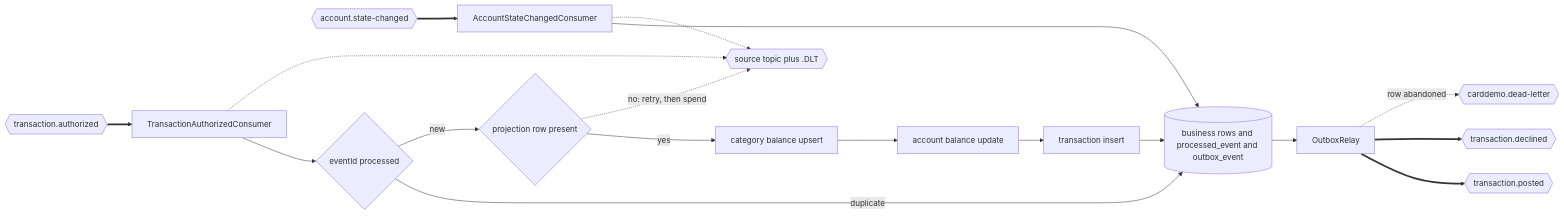
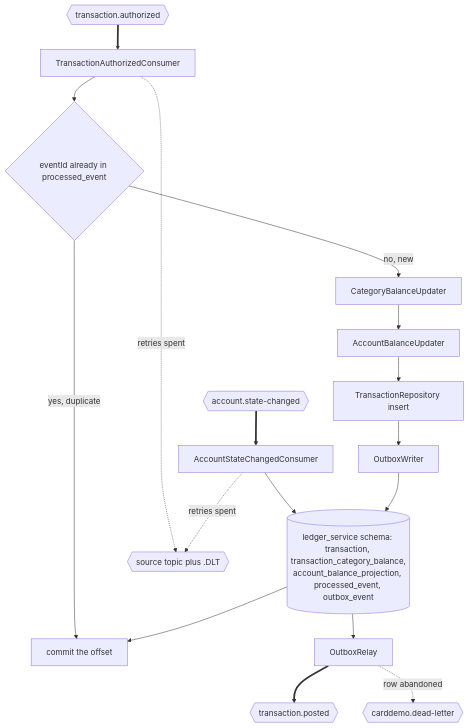
The diagram in card-platform/services/ledger-posting-service/README.md (blitzy-public-samples/aws-carddemo-blitzy), drawn with Mermaid before and after one commit. The commit also changed other lines of this file and 24 other files, not shown here.

````diff
--- a/card-platform/services/ledger-posting-service/README.md
+++ b/card-platform/services/ledger-posting-service/README.md
@@ -129,36 +235,35 @@
 ```mermaid
-graph LR
+graph TB
     IN{{"transaction.authorized"}}
     ASIN{{"account.state-changed"}}
-    C["TransactionAuthorizedConsumer"]
+    CON["TransactionAuthorizedConsumer"]
     ASC["AccountStateChangedConsumer"]
-    G{"eventId processed"}
-    P{"projection row present"}
-    CAT["category balance upsert"]
-    ACC["account balance update"]
-    TX["transaction insert"]
-    DB[("business rows and processed_event and outbox_event")]
+    GUARD{"eventId already in processed_event"}
+    CAT["CategoryBalanceUpdater"]
+    ACC["AccountBalanceUpdater"]
+    TX["TransactionRepository insert"]
+    WRITE["OutboxWriter"]
+    COMMIT[("ledger_service schema: transaction, transaction_category_balance,<br/>account_balance_projection, processed_event, outbox_event")]
+    ACK["commit the offset"]
     RELAY["OutboxRelay"]
-    POST{{"transaction.posted"}}
-    DECLINE{{"transaction.declined"}}
-    SRCDLT{{"source topic plus .DLT"}}
+    POSTED{{"transaction.posted"}}
+    DLT{{"source topic plus .DLT"}}
     DEAD{{"carddemo.dead-letter"}}
 
-    IN ==> C
+    IN ==> CON
     ASIN ==> ASC
-    ASC --> DB
-    C --> G
-    G -->|"duplicate"| DB
-    G -->|"new"| P
-    P -->|"yes"| CAT
+    ASC --> COMMIT
+    CON --> GUARD
+    GUARD -->|"yes, duplicate"| ACK
+    GUARD -->|"no, new"| CAT
     CAT --> ACC
     ACC --> TX
-    TX --> DB
-    DB --> RELAY
-    RELAY ==> POST
-    RELAY ==> DECLINE
-    P -.->|"no: retry, then spend"| SRCDLT
-    C -.-> SRCDLT
-    ASC -.-> SRCDLT
+    TX --> WRITE
+    WRITE --> COMMIT
+    COMMIT --> ACK
+    COMMIT --> RELAY
+    RELAY ==> POSTED
+    CON -.->|"retries spent"| DLT
+    ASC -.->|"retries spent"| DLT
     RELAY -.->|"row abandoned"| DEAD
 ```
````
